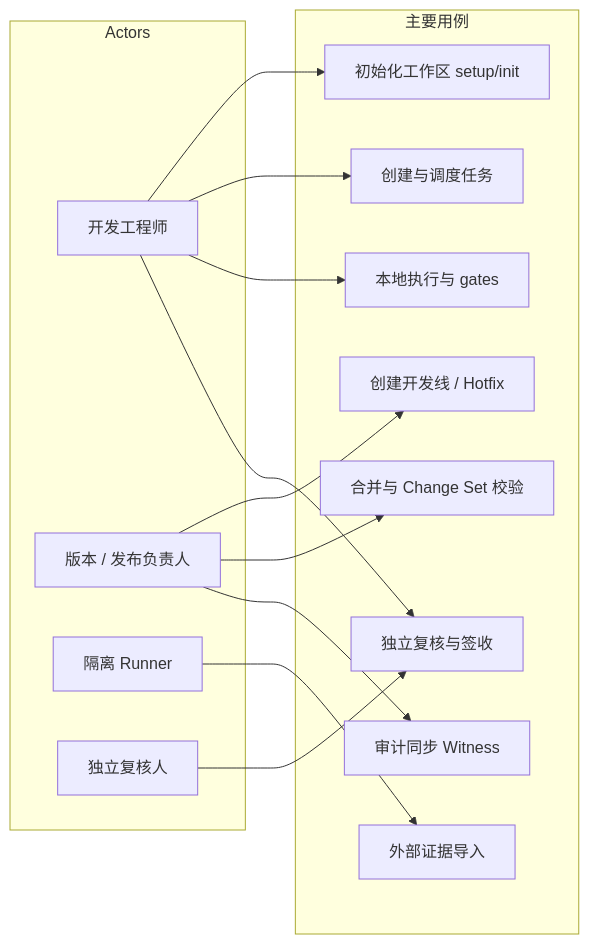
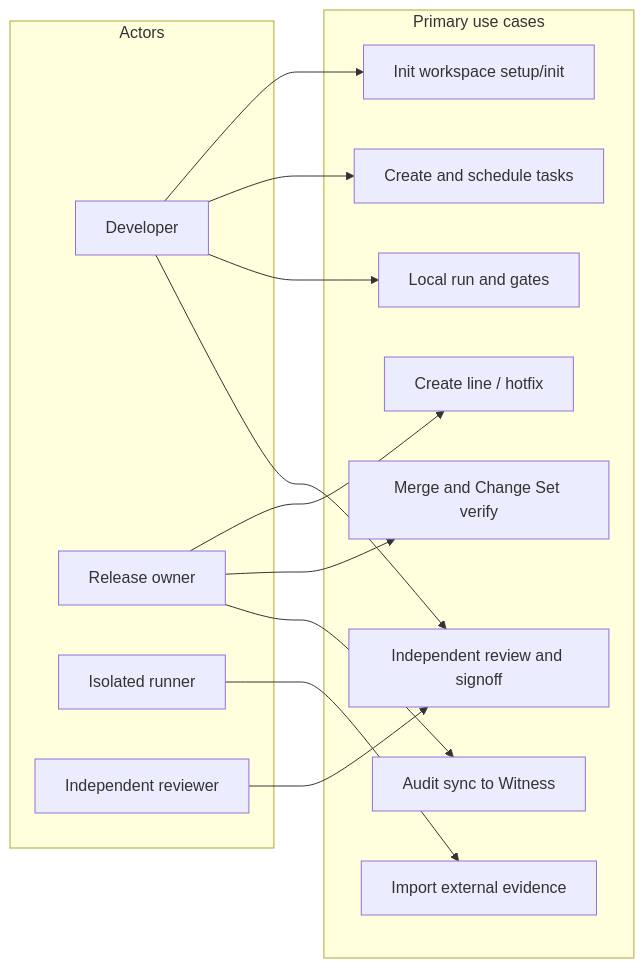
One commit to DandreYang/DyroEngineeringFlow changed the diagram in docs/images/diagrams/src/07-use-cases.mmd. Above: the diagram before and after it, drawn with Mermaid. The commit also changed 46 other files, not shown here.

First line of the commit message:
docs: README 内嵌中英 Mermaid 图示并移除 PNG

```diff
--- a/docs/images/diagrams/src/07-use-cases.mmd
+++ b/docs/images/diagrams/src/07-use-cases.mmd
@@ -1,28 +1,28 @@
 flowchart LR
   subgraph Actors
-    Dev["开发工程师"]
-    Lead["版本 / 发布负责人"]
-    Runner["隔离 Runner"]
-    Reviewer["独立复核人"]
+    Dev["Developer"]
+    Lead["Release owner"]
+    Runner["Isolated runner"]
+    Reviewer["Independent reviewer"]
   end
 
-  subgraph UC["主要用例"]
-    U1["初始化工作区 setup/init"]
-    U2["创建开发线 / Hotfix"]
-    U3["创建与调度任务"]
-    U4["本地执行与 gates"]
-    U5["外部证据导入"]
-    U6["独立复核与签收"]
-    U7["合并与 Change Set 校验"]
-    U8["审计同步 Witness"]
+  subgraph UC["Primary use cases"]
+    U1["Init workspace setup/init"]
+    U2["Create line / hotfix"]
+    U3["Create and schedule tasks"]
+    U4["Local run and gates"]
+    U5["Import external evidence"]
+    U6["Independent review and signoff"]
+    U7["Merge and Change Set verify"]
+    U8["Audit sync to Witness"]
   end
 
   Dev --> U1
   Dev --> U3
   Dev --> U4
   Lead --> U2
   Lead --> U7
   Lead --> U8
   Runner --> U5
   Reviewer --> U6
   Dev --> U6
```
